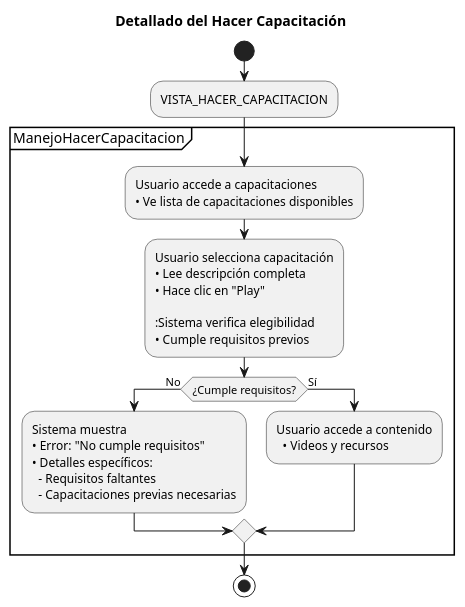
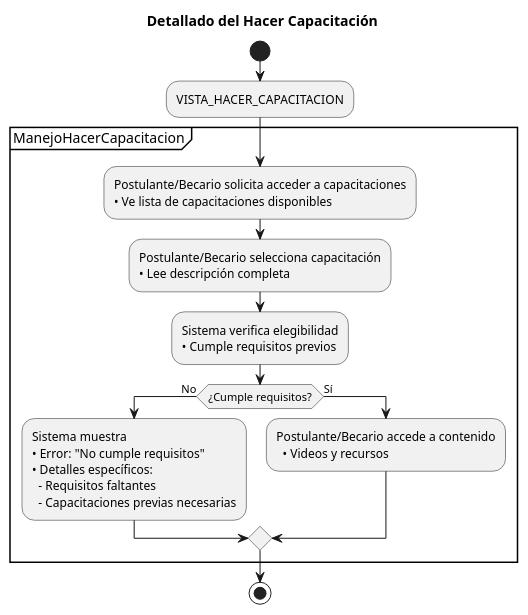
One commit to Dievex/24-25-IdSw1-SDR changed the diagram in casos_de_uso/diagramas_casos_de_uso_detallados/hacer_capacitacion.puml. Above: the diagram before and after it, drawn with PlantUML. The commit also changed 1 other file, not shown here.

Commit message:
refactor(usecase-diagrams): update actor roles and streamline test flow

```diff
--- a/casos_de_uso/diagramas_casos_de_uso_detallados/hacer_capacitacion.puml
+++ b/casos_de_uso/diagramas_casos_de_uso_detallados/hacer_capacitacion.puml
@@ -1,40 +1,39 @@
 @startuml
 title Detallado del Hacer Capacitación
 
 start
 
 :VISTA_HACER_CAPACITACION;
 
 partition ManejoHacerCapacitacion {
   
-  :Usuario accede a capacitaciones
+  :Postulante/Becario solicita acceder a capacitaciones
   • Ve lista de capacitaciones disponibles;
 
   
-  :Usuario selecciona capacitación
-  • Lee descripción completa
-  • Hace clic en "Play"
+  :Postulante/Becario selecciona capacitación
+  • Lee descripción completa;
   
   :Sistema verifica elegibilidad
   • Cumple requisitos previos;
   
   
   if (¿Cumple requisitos?) then (No)
     :Sistema muestra
     • Error: "No cumple requisitos"
     • Detalles específicos:
       - Requisitos faltantes
       - Capacitaciones previas necesarias;
     
     
   else (Sí)
-    :Usuario accede a contenido
+    :Postulante/Becario accede a contenido
       • Videos y recursos;
        
     
   endif
   
 }
 
 stop
 @enduml
```
